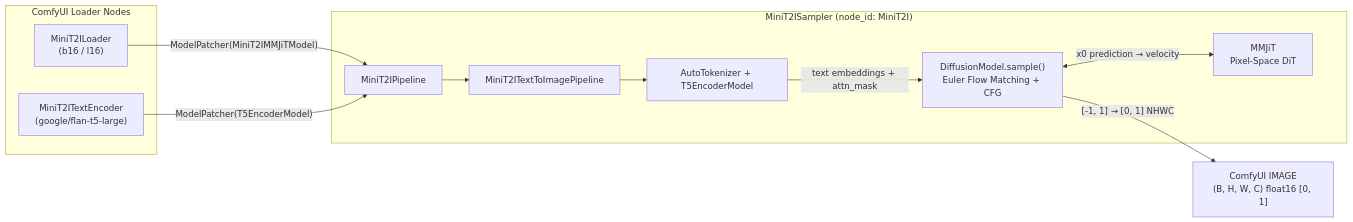
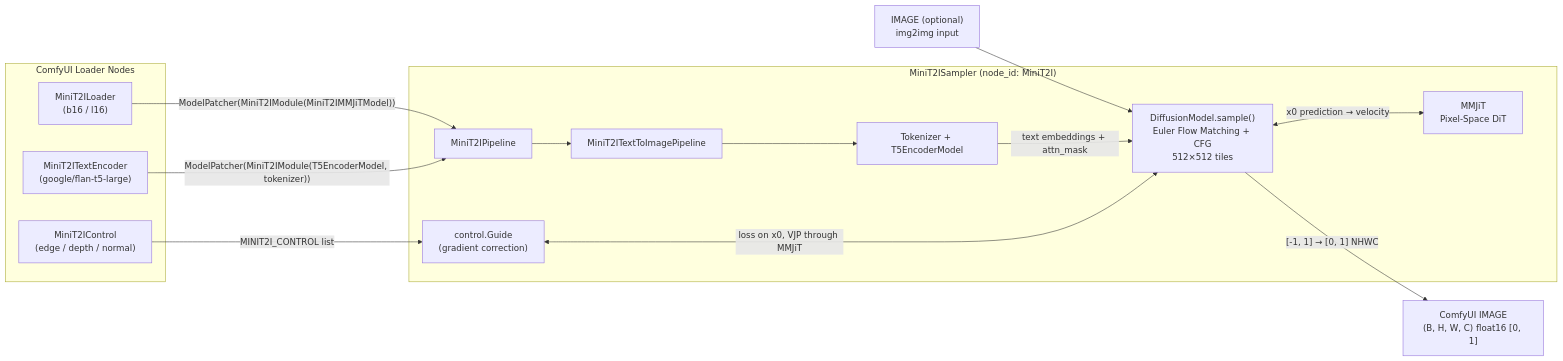
One commit to n1ckfg/ComfyUI-MiniT2ITiled changed the diagram in ARCHITECTURE.md. Above: the diagram before and after it, drawn with Mermaid. The commit also changed other lines of this file, not shown here.

````diff
--- a/ARCHITECTURE.md
+++ b/ARCHITECTURE.md
@@ -21,25 +23,32 @@
 ```mermaid
 flowchart LR
     subgraph Loaders["ComfyUI Loader Nodes"]
         L1["MiniT2ILoader<br/>(b16 / l16)"]
         L2["MiniT2ITextEncoder<br/>(google/flan-t5-large)"]
+        C1["MiniT2IControl<br/>(edge / depth / normal)"]
     end
+
+    IMG["IMAGE (optional)<br/>img2img input"]
 
     subgraph Sampler["MiniT2ISampler (node_id: MiniT2I)"]
         S1["MiniT2IPipeline"]
         S2["MiniT2ITextToImagePipeline"]
-        S3["AutoTokenizer + T5EncoderModel"]
-        S4["DiffusionModel.sample()<br/>Euler Flow Matching + CFG"]
+        S3["Tokenizer + T5EncoderModel"]
+        S4["DiffusionModel.sample()<br/>Euler Flow Matching + CFG<br/>512×512 tiles"]
         S5["MMJiT<br/>Pixel-Space DiT"]
+        G["control.Guide<br/>(gradient correction)"]
     end
 
     OUT["ComfyUI IMAGE<br/>(B, H, W, C) float16 [0, 1]"]
 
-    L1 -->|"ModelPatcher(MiniT2IMMJiTModel)"| S1
-    L2 -->|"ModelPatcher(T5EncoderModel)"| S1
+    L1 -->|"ModelPatcher(MiniT2IModule(MiniT2IMMJiTModel))"| S1
+    L2 -->|"ModelPatcher(MiniT2IModule(T5EncoderModel, tokenizer))"| S1
+    C1 -->|"MINIT2I_CONTROL list"| G
+    IMG --> S4
     S1 --> S2
     S2 --> S3
     S3 -->|"text embeddings + attn_mask"| S4
     S4 <-->|"x0 prediction → velocity"| S5
+    G <-->|"loss on x0, VJP through MMJiT"| S4
     S4 -->|"[-1, 1] → [0, 1] NHWC"| OUT
 ```
````
